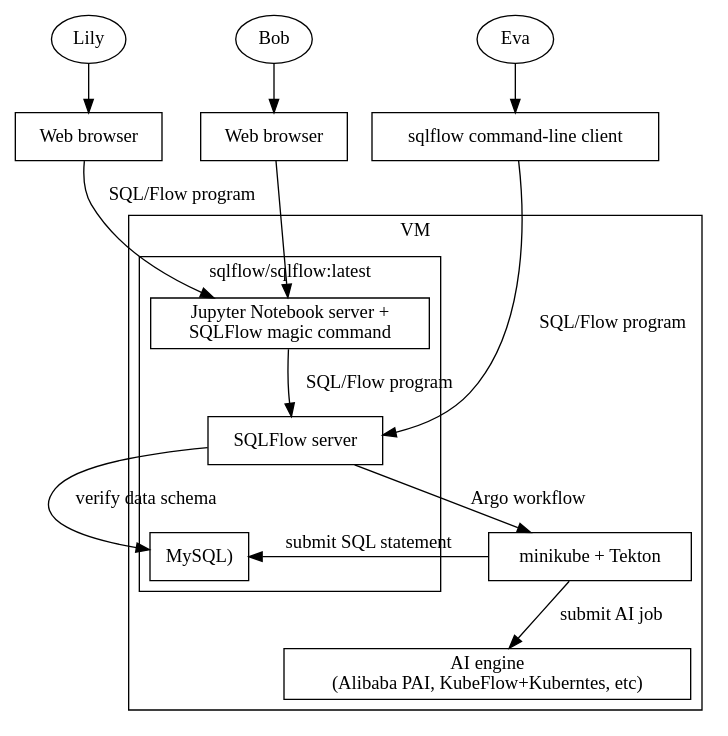
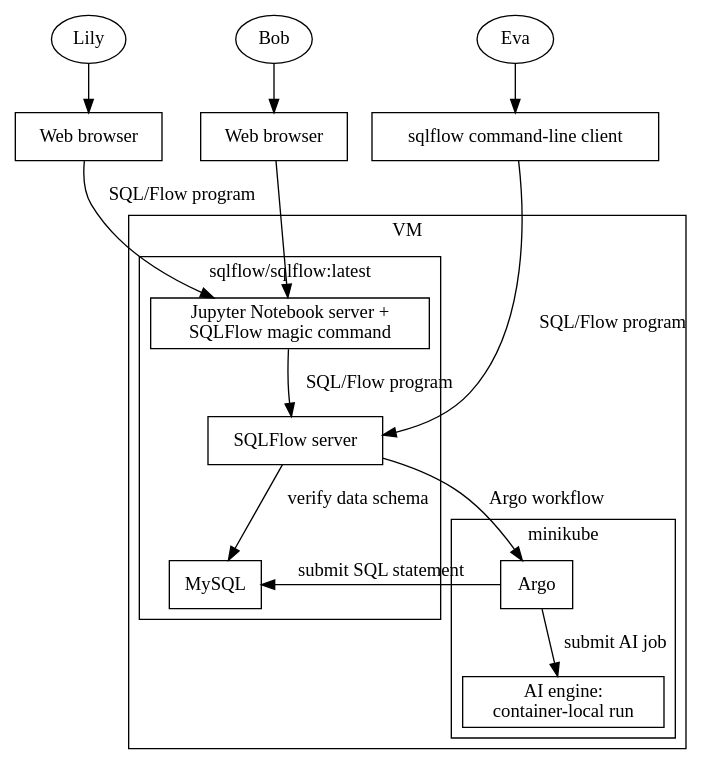
Before and after one commit to sql-machine-learning/playground: the diagram in figures/arch_vm.dot, drawn with Graphviz. The commit also changed 1 other file, not shown here.

Commit message:
Update figure

```diff
--- a/figures/arch_vm.dot
+++ b/figures/arch_vm.dot
@@ -1,43 +1,46 @@
 digraph G {
         node [shape=box];
 
         User1 [shape=oval, label="Lily"];
         User2 [shape=oval, label="Bob"];
         User3 [shape=oval, label="Eva"];
 
         {rank = same; User1; User2; User3}
 
         Browser1 [label="Web browser"];
         Browser2 [label="Web browser"];
 
         {rank = same; Browser1, Browser2, Client}
 
         subgraph cluster_vm {
                 label="VM"
                 subgraph cluster_container {
                         label="sqlflow/sqlflow:latest";
                         Jupyter [label="Jupyter Notebook server +\n SQLFlow magic command"];
                         SQLFlow [label="SQLFlow server"];
-                        DBMS [label="MySQL)"];
+                        DBMS [label="MySQL"];
                 }
-                Argo [label="minikube + Tekton"];
-                AI [label="AI engine\n(Alibaba PAI, KubeFlow+Kuberntes, etc)"];
+                subgraph cluster_minikube {
+                    label="minikube";
+                    Argo [label="Argo"];
+                    AI [label="AI engine:\ncontainer-local run"];
+                }
         }
 
         User1 -> Browser1;
         User2 -> Browser2;
         Browser1 -> Jupyter [label="SQL/Flow program"];
         Browser2 -> Jupyter;
 
         Jupyter -> SQLFlow [label="SQL/Flow program"];
         SQLFlow -> Argo [label="Argo workflow"];
         Argo -> DBMS [label="submit SQL statement"];
         Argo -> AI [label="submit AI job"];
 
         SQLFlow -> DBMS [label="verify data schema"];
 
         Client [label="sqlflow command-line client"];
 
         User3 -> Client;
         Client -> SQLFlow [label="SQL/Flow program"];
 }
```
